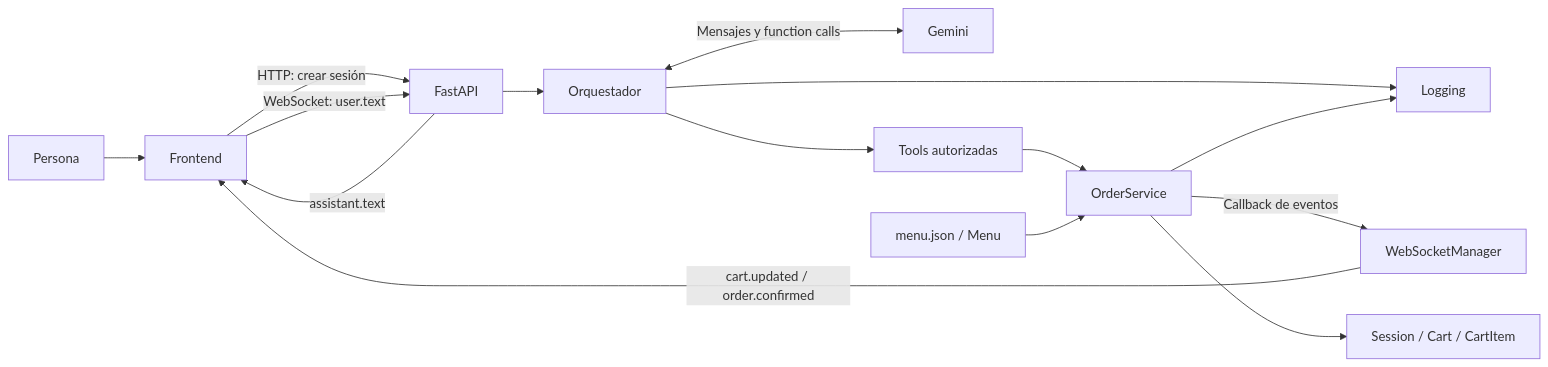
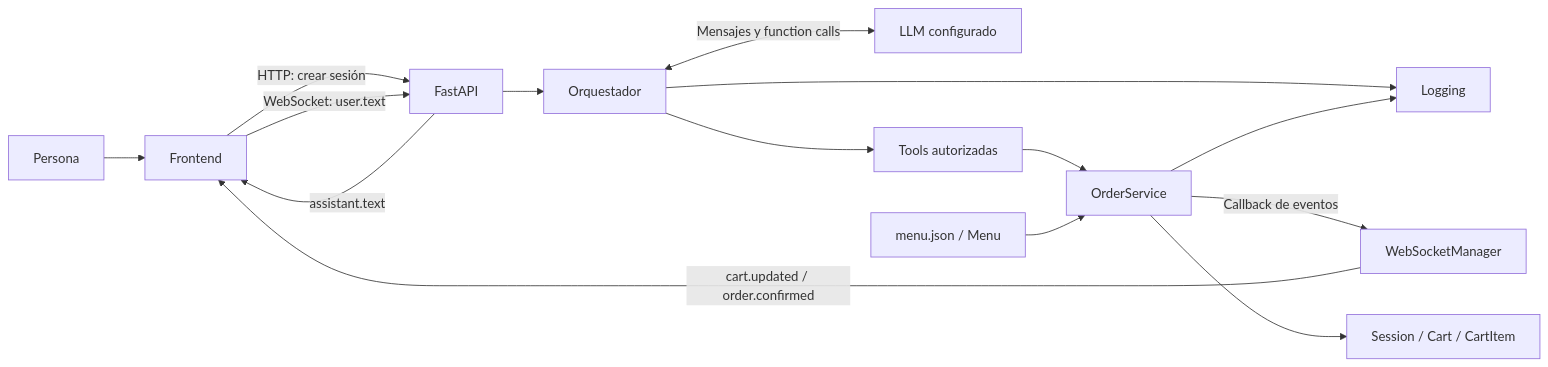
Before and after one commit to gsierra1/self_order: the first of 3 diagrams in docs/arquitectura.md, drawn with Mermaid. The commit also changed other lines of this file and 5 other files, not shown here.

````diff
--- a/docs/arquitectura.md
+++ b/docs/arquitectura.md
@@ -15,17 +17,17 @@
 ```mermaid
 flowchart LR
     U[Persona] --> F[Frontend]
     F -->|HTTP: crear sesión| A[FastAPI]
     F -->|WebSocket: user.text| A
     A --> O[Orquestador]
-    O <-->|Mensajes y function calls| G[Gemini]
+    O <-->|Mensajes y function calls| G[LLM configurado]
     O --> T[Tools autorizadas]
     T --> S[OrderService]
     M[menu.json / Menu] --> S
     S --> D[Session / Cart / CartItem]
     S -->|Callback de eventos| W[WebSocketManager]
     W -->|cart.updated / order.confirmed| F
     A -->|assistant.text| F
     O --> L[Logging]
     S --> L
 ```
````
